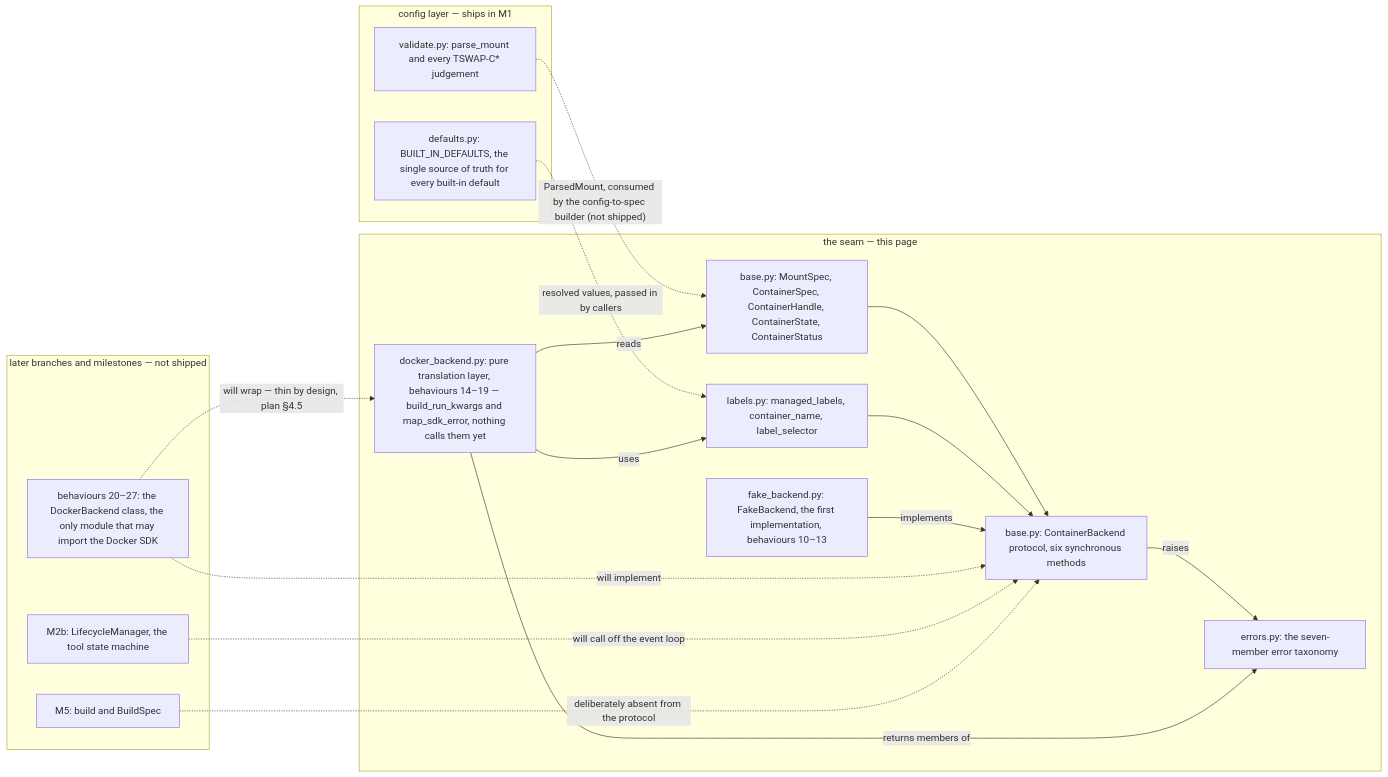
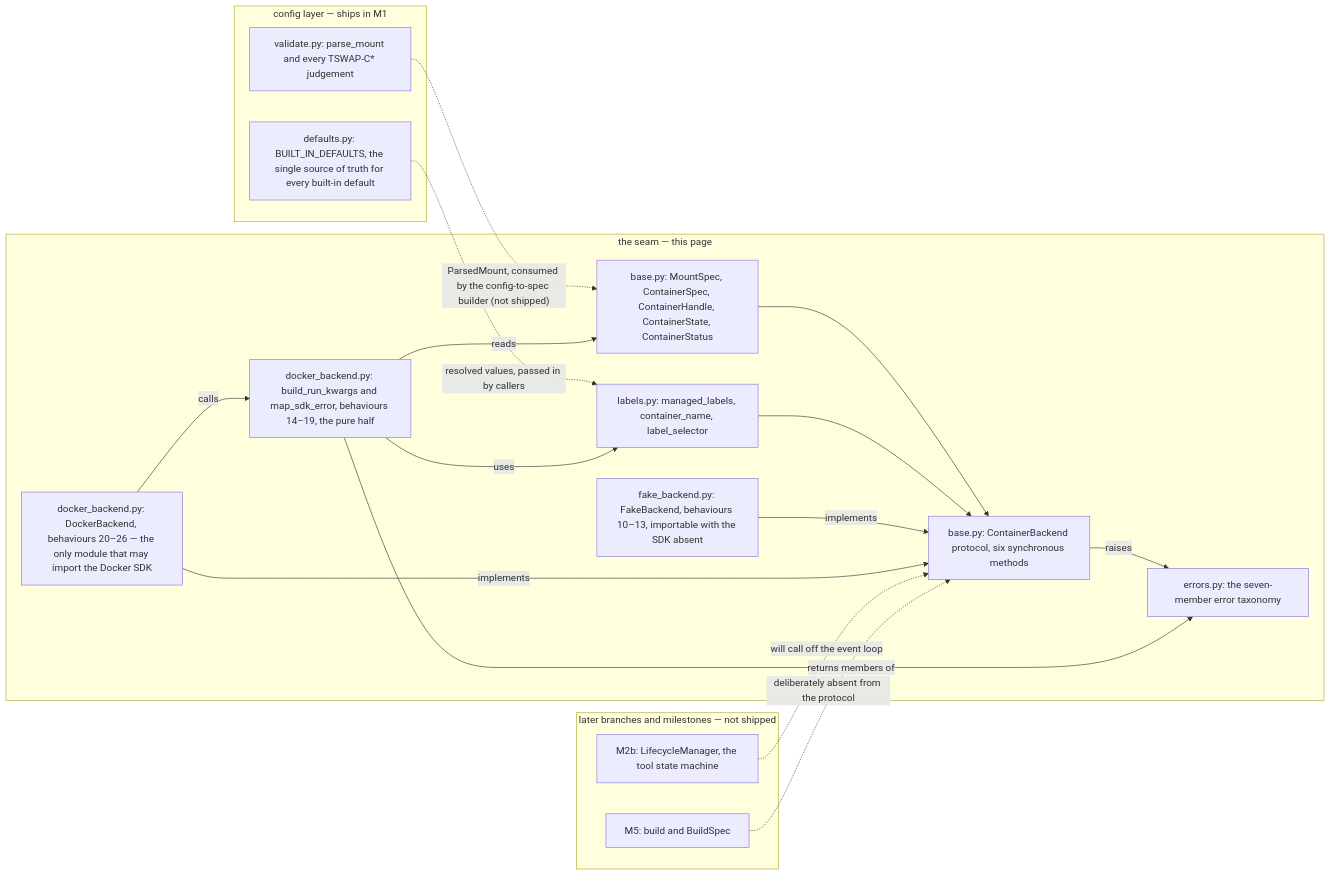
One commit to iar3-r8/tool-swap changed the diagram in docs/backend-seam.md. Above: the diagram before and after it, drawn with Mermaid. The commit also changed other lines of this file and 1 other file, not shown here.

First line of the commit message:
docs(backend): document the DockerBackend shell and the import boundary

````diff
--- a/docs/backend-seam.md
+++ b/docs/backend-seam.md
@@ -35,33 +33,33 @@
 ```mermaid
 flowchart LR
     subgraph cfg[config layer — ships in M1]
         VAL[validate.py: parse_mount and every TSWAP-C* judgement]
         DEF[defaults.py: BUILT_IN_DEFAULTS, the single source of truth for every built-in default]
     end
     subgraph seam[the seam — this page]
         TYPES[base.py: MountSpec, ContainerSpec, ContainerHandle, ContainerState, ContainerStatus]
         HELPER[labels.py: managed_labels, container_name, label_selector]
         PROTO[base.py: ContainerBackend protocol, six synchronous methods]
         ERR[errors.py: the seven-member error taxonomy]
-        FAKE[fake_backend.py: FakeBackend, the first implementation, behaviours 10–13]
-        DOCKT[docker_backend.py: pure translation layer, behaviours 14–19 — build_run_kwargs and map_sdk_error, nothing calls them yet]
+        FAKE[fake_backend.py: FakeBackend, behaviours 10–13, importable with the SDK absent]
+        DOCK[docker_backend.py: DockerBackend, behaviours 20–26 — the only module that may import the Docker SDK]
+        DOCKT[docker_backend.py: build_run_kwargs and map_sdk_error, behaviours 14–19, the pure half]
     end
     subgraph future[later branches and milestones — not shipped]
-        DOCK[behaviours 20–27: the DockerBackend class, the only module that may import the Docker SDK]
         LIFE[M2b: LifecycleManager, the tool state machine]
         BLD[M5: build and BuildSpec]
     end
     VAL -. "ParsedMount, consumed by the config-to-spec builder (not shipped)" .-> TYPES
     DEF -. "resolved values, passed in by callers" .-> HELPER
     TYPES --> PROTO
     HELPER --> PROTO
     PROTO -->|raises| ERR
     FAKE -->|implements| PROTO
+    DOCK -->|implements| PROTO
+    DOCK -->|calls| DOCKT
     DOCKT -->|reads| TYPES
     DOCKT -->|uses| HELPER
     DOCKT -->|returns members of| ERR
-    DOCK -.->|will wrap — thin by design, plan §4.5| DOCKT
-    DOCK -.->|will implement| PROTO
     LIFE -.->|will call off the event loop| PROTO
     BLD -.->|deliberately absent from the protocol| PROTO
 ```
````
